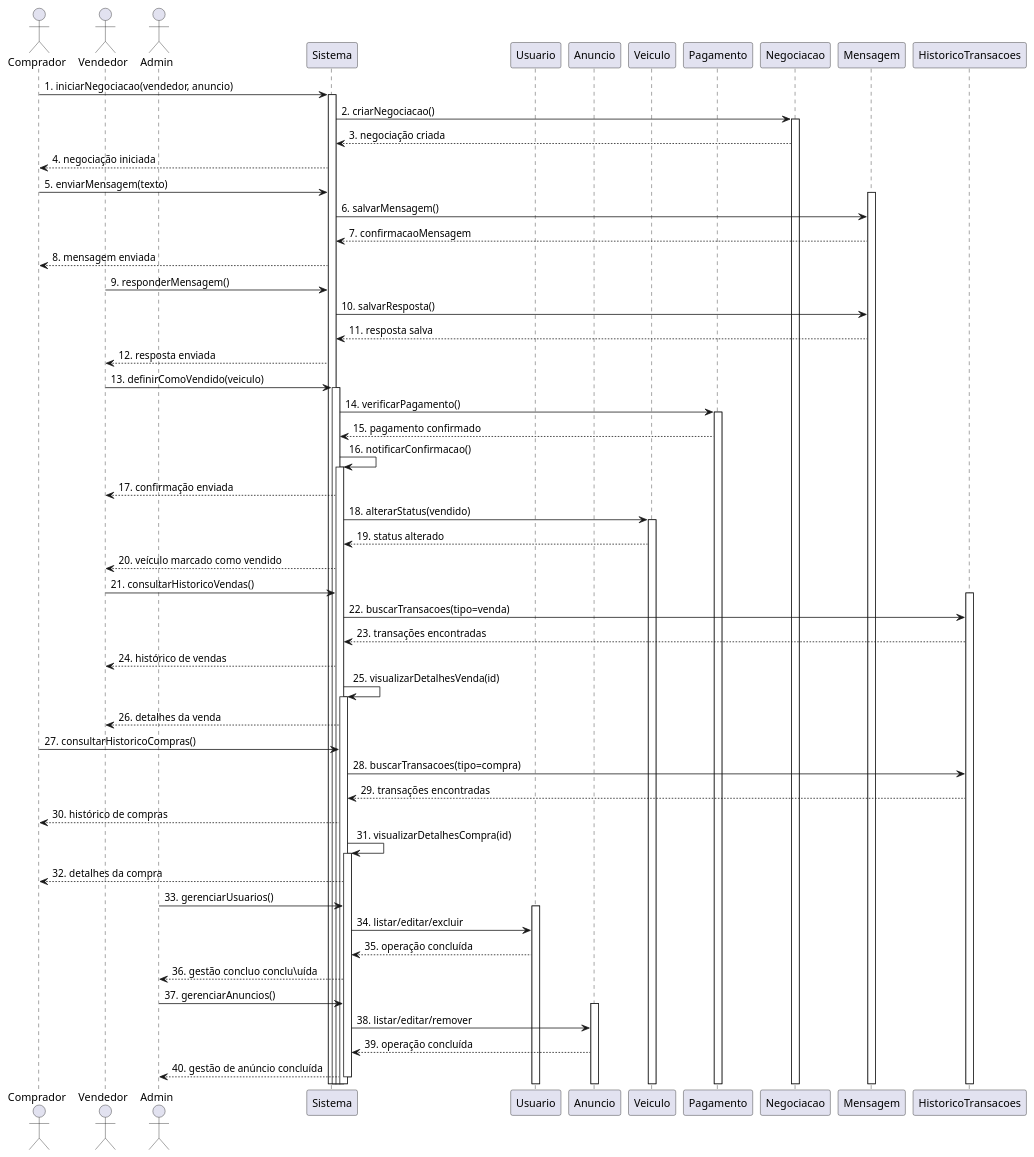
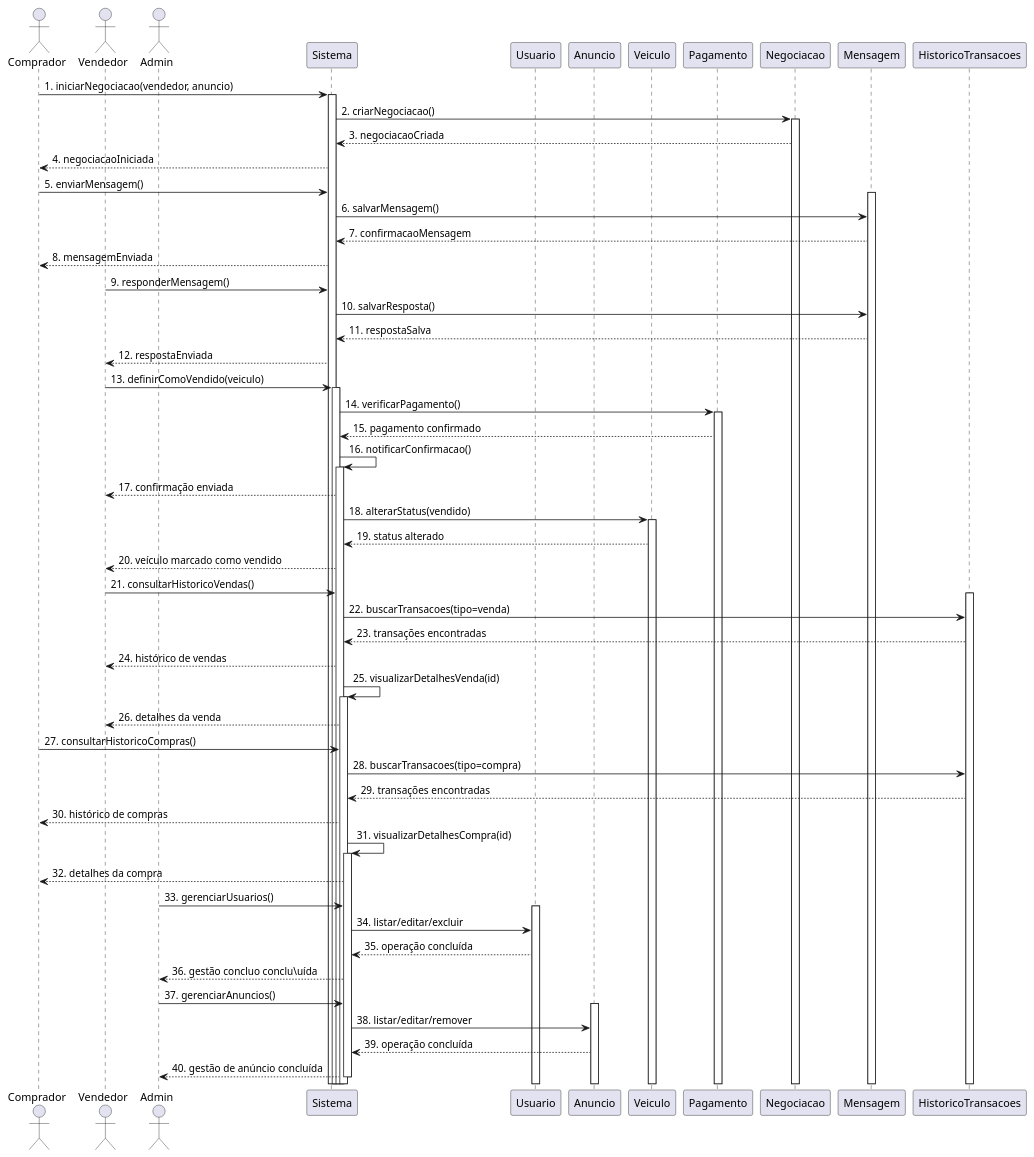
Before and after one commit to guilhermeoliveirateo/sistema-compra-venda-veiculos: the diagram in diagrama_sequencia_uc_sistema_compra_venda.md, drawn with PlantUML.

````diff
--- a/diagrama_sequencia_uc_sistema_compra_venda.md
+++ b/diagrama_sequencia_uc_sistema_compra_venda.md
@@ -9,82 +9,82 @@
 ```plantuml
 @startuml
 
 actor Comprador
 actor Vendedor
 actor Admin
 participant Sistema
 participant Usuario
 participant Anuncio
 participant Veiculo
 participant Pagamento
 participant Negociacao
 participant Mensagem
 participant HistoricoTransacoes
 
 Comprador -> Sistema : 1. iniciarNegociacao(vendedor, anuncio)
 activate Sistema
 Sistema -> Negociacao : 2. criarNegociacao()
 activate Negociacao
-Negociacao --> Sistema : 3. negociação criada
-Sistema --> Comprador : 4. negociação iniciada
+Negociacao --> Sistema : 3. negociacaoCriada
+Sistema --> Comprador : 4. negociacaoIniciada
 
-Comprador -> Sistema : 5. enviarMensagem(texto)
+Comprador -> Sistema : 5. enviarMensagem()
 activate Mensagem
 Sistema -> Mensagem : 6. salvarMensagem()
 Mensagem --> Sistema : 7. confirmacaoMensagem
-Sistema --> Comprador : 8. mensagem enviada
+Sistema --> Comprador : 8. mensagemEnviada
 
 Vendedor -> Sistema : 9. responderMensagem()
 Sistema -> Mensagem : 10. salvarResposta()
-Mensagem --> Sistema : 11. resposta salva
-Sistema --> Vendedor : 12. resposta enviada
+Mensagem --> Sistema : 11. respostaSalva
+Sistema --> Vendedor : 12. respostaEnviada
 
 Vendedor -> Sistema : 13. definirComoVendido(veiculo)
 activate Sistema
 Sistema -> Pagamento : 14. verificarPagamento()
 activate Pagamento
 Pagamento --> Sistema : 15. pagamento confirmado
 
 Sistema -> Sistema : 16. notificarConfirmacao()
 activate Sistema
 Sistema --> Vendedor : 17. confirmação enviada
 
 Sistema -> Veiculo : 18. alterarStatus(vendido)
 activate Veiculo
 Veiculo --> Sistema : 19. status alterado
 Sistema --> Vendedor : 20. veículo marcado como vendido
 
 Vendedor -> Sistema : 21. consultarHistoricoVendas()
 activate HistoricoTransacoes
 Sistema -> HistoricoTransacoes : 22. buscarTransacoes(tipo=venda)
 HistoricoTransacoes --> Sistema : 23. transações encontradas
 Sistema --> Vendedor : 24. histórico de vendas
 
 Sistema -> Sistema : 25. visualizarDetalhesVenda(id)
 activate Sistema
 Sistema --> Vendedor : 26. detalhes da venda
 
 Comprador -> Sistema : 27. consultarHistoricoCompras()
 Sistema -> HistoricoTransacoes : 28. buscarTransacoes(tipo=compra)
 HistoricoTransacoes --> Sistema : 29. transações encontradas
 Sistema --> Comprador : 30. histórico de compras
 
 Sistema -> Sistema : 31. visualizarDetalhesCompra(id)
 activate Sistema
 Sistema --> Comprador : 32. detalhes da compra
 
 Admin -> Sistema : 33. gerenciarUsuarios()
 activate Usuario
 Sistema -> Usuario : 34. listar/editar/excluir
 Usuario --> Sistema : 35. operação concluída
 Sistema --> Admin : 36. gestão concluo conclu\uída
 
 Admin -> Sistema : 37. gerenciarAnuncios()
 activate Anuncio
 Sistema -> Anuncio : 38. listar/editar/remover
 Anuncio --> Sistema : 39. operação concluída
 Sistema --> Admin : 40. gestão de anúncio concluída
 
 deactivate Sistema
 @enduml
 ```
````
